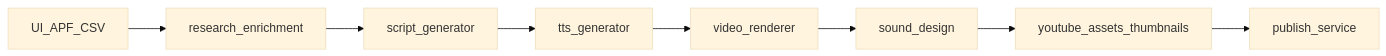
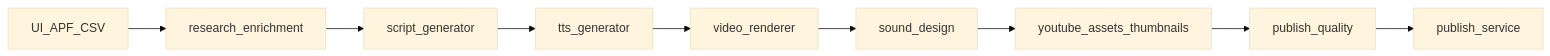
Before and after one commit to unlovedproductions/shadowcast-: the diagram in docs/ARCHITECTURE.md, drawn with Mermaid (base theme). The commit also changed other lines of this file and 3 other files, not shown here.

First line of the commit message:
Sync ARCHITECTURE and README for shipped P1–P2 posting paths.

````diff
--- a/docs/ARCHITECTURE.md
+++ b/docs/ARCHITECTURE.md
@@ -32,10 +32,11 @@
 ```mermaid
 flowchart LR
   input[UI_APF_CSV] --> enrich[research_enrichment]
   enrich --> script[script_generator]
   script --> tts[tts_generator]
   tts --> render[video_renderer]
   render --> mix[sound_design]
   mix --> pkg[youtube_assets_thumbnails]
-  pkg --> pub[publish_service]
+  pkg --> qa[publish_quality]
+  qa --> pub[publish_service]
 ```
````
